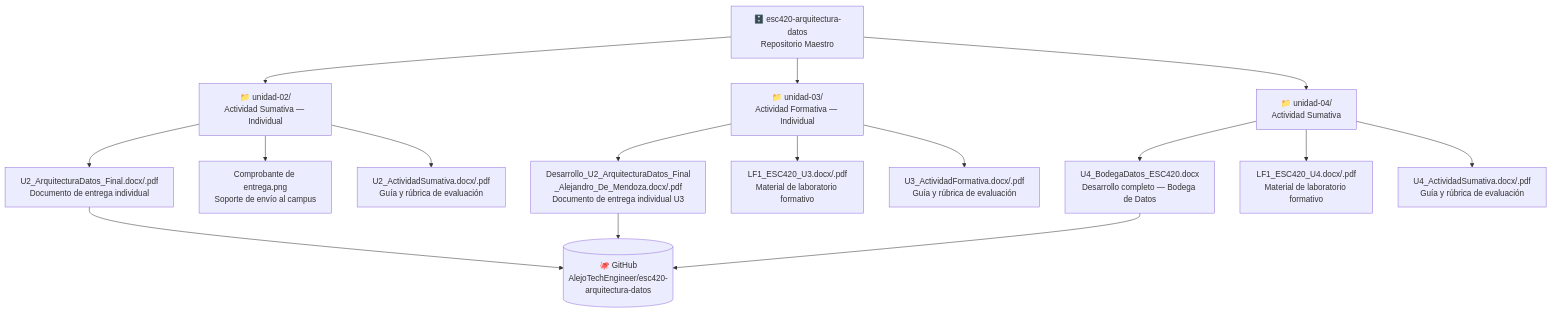
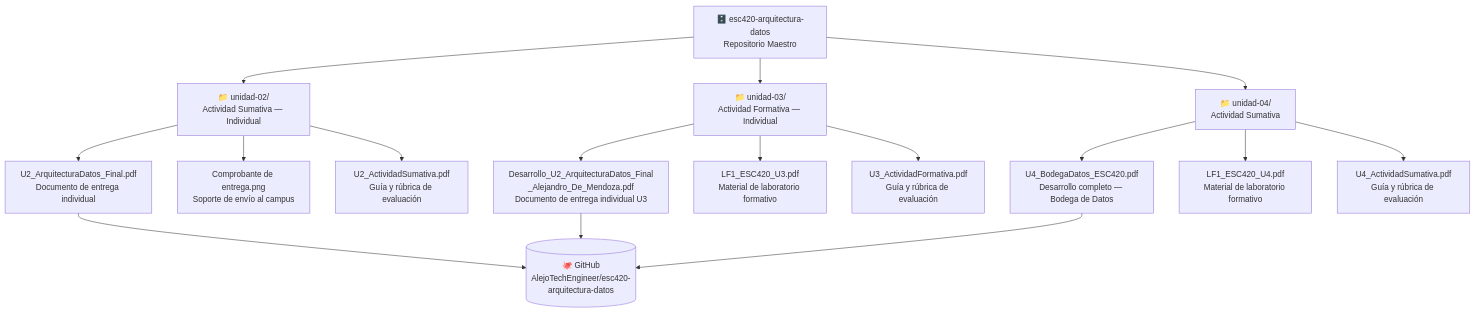
The diagram in README.md (AlejoTechEngineer/Esc420_Arquitectura_Datos), drawn with Mermaid before and after one commit. The commit also changed other lines of this file and 1 other file, not shown here.

````diff
--- a/README.md
+++ b/README.md
@@ -29,20 +36,20 @@
 ```mermaid
 flowchart TD
     A["🗄️ esc420-arquitectura-datos\nRepositorio Maestro"] --> B["📁 unidad-02/\nActividad Sumativa — Individual"]
     A --> C["📁 unidad-03/\nActividad Formativa — Individual"]
     A --> D["📁 unidad-04/\nActividad Sumativa"]
 
-    B --> B1["U2_ArquitecturaDatos_Final.docx/.pdf\nDocumento de entrega individual"]
+    B --> B1["U2_ArquitecturaDatos_Final.pdf\nDocumento de entrega individual"]
     B --> B2["Comprobante de entrega.png\nSoporte de envío al campus"]
-    B --> B3["U2_ActividadSumativa.docx/.pdf\nGuía y rúbrica de evaluación"]
+    B --> B3["U2_ActividadSumativa.pdf\nGuía y rúbrica de evaluación"]
 
-    C --> C1["Desarrollo_U2_ArquitecturaDatos_Final\n_Alejandro_De_Mendoza.docx/.pdf\nDocumento de entrega individual U3"]
-    C --> C2["LF1_ESC420_U3.docx/.pdf\nMaterial de laboratorio formativo"]
-    C --> C3["U3_ActividadFormativa.docx/.pdf\nGuía y rúbrica de evaluación"]
+    C --> C1["Desarrollo_U2_ArquitecturaDatos_Final\n_Alejandro_De_Mendoza.pdf\nDocumento de entrega individual U3"]
+    C --> C2["LF1_ESC420_U3.pdf\nMaterial de laboratorio formativo"]
+    C --> C3["U3_ActividadFormativa.pdf\nGuía y rúbrica de evaluación"]
 
-    D --> D1["U4_BodegaDatos_ESC420.docx\nDesarrollo completo — Bodega de Datos"]
-    D --> D2["LF1_ESC420_U4.docx/.pdf\nMaterial de laboratorio formativo"]
-    D --> D3["U4_ActividadSumativa.docx/.pdf\nGuía y rúbrica de evaluación"]
+    D --> D1["U4_BodegaDatos_ESC420.pdf\nDesarrollo completo — Bodega de Datos"]
+    D --> D2["LF1_ESC420_U4.pdf\nMaterial de laboratorio formativo"]
+    D --> D3["U4_ActividadSumativa.pdf\nGuía y rúbrica de evaluación"]
 
     B1 & C1 & D1 --> GH[("🐙 GitHub\nAlejoTechEngineer/esc420-arquitectura-datos")]
 ```
````
